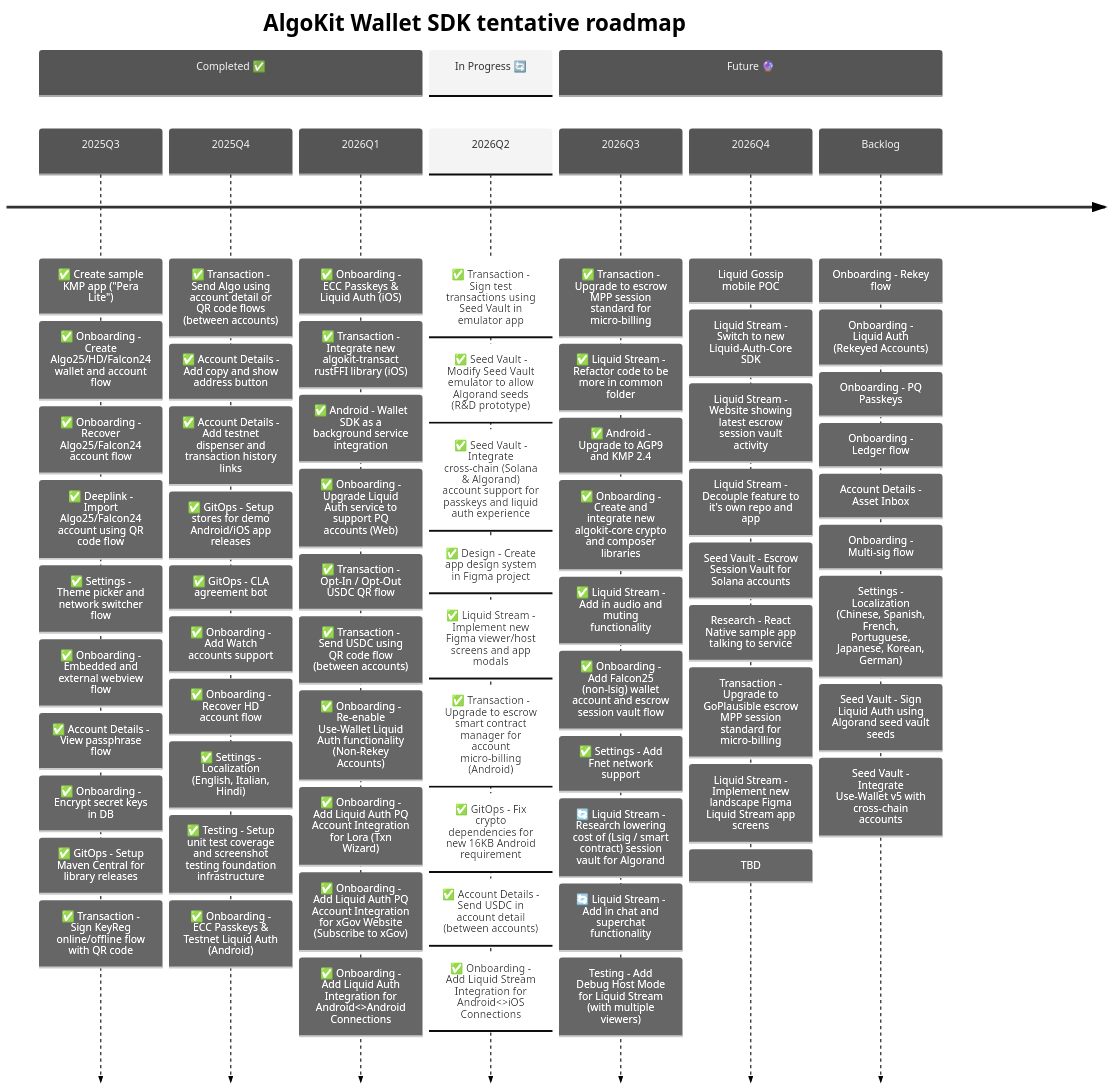
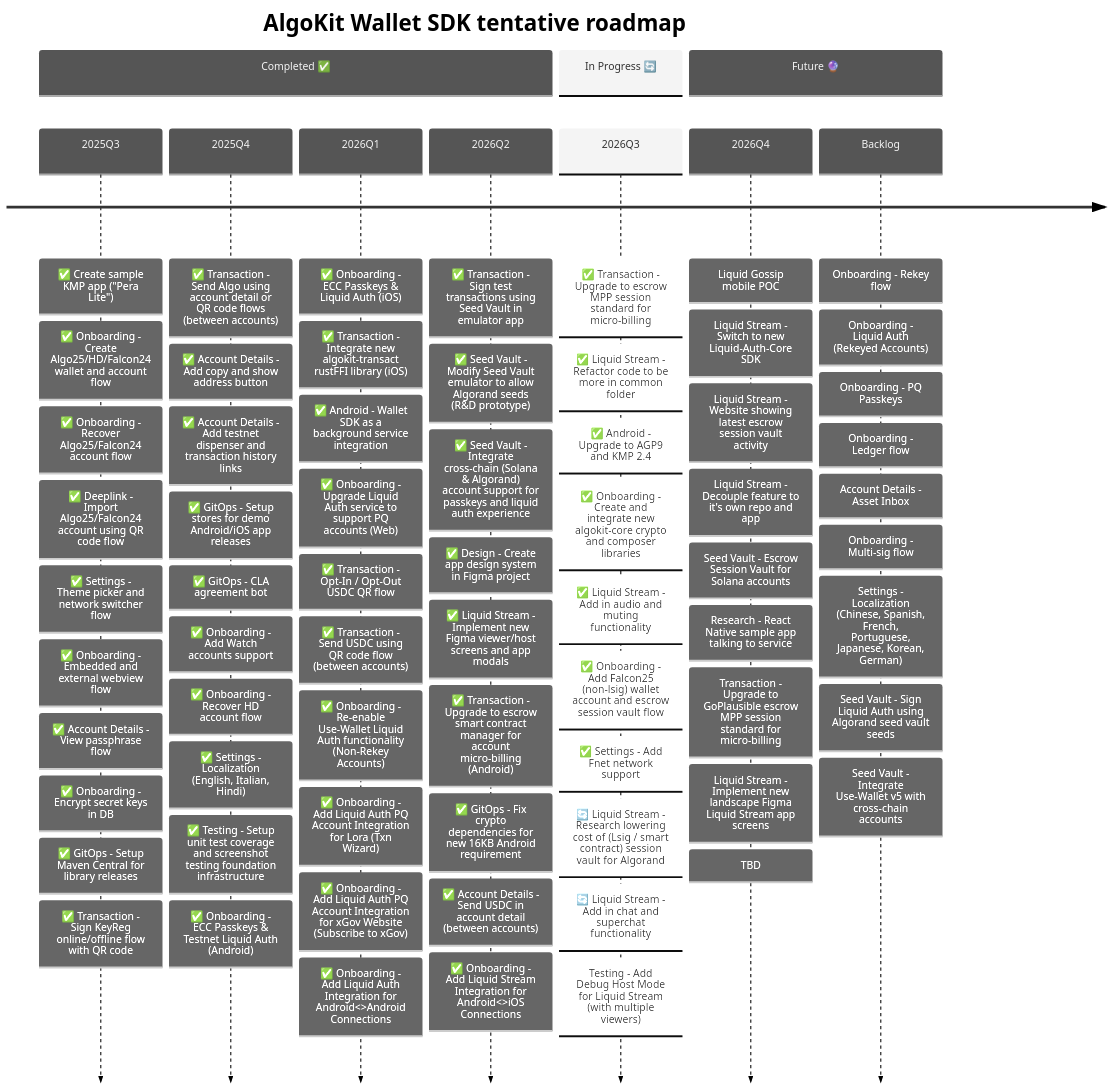
The second of 3 diagrams in README.md (michaeltchuangllc/algokit-walletsdk-kmp), drawn with Mermaid before and after one commit.

Commit message:
docs: update roadmap further

```diff
--- a/README.md
+++ b/README.md
@@ -108,7 +108,6 @@
             : ✅ Onboarding - Add Liquid Auth PQ Account Integration for xGov Website (Subscribe to xGov)
             : ✅ Onboarding - Add Liquid Auth Integration for Android<>Android Connections
 
-    section In Progress 🔄
     2026Q2  : ✅ Transaction - Sign test transactions using Seed Vault in emulator app
             : ✅ Seed Vault - Modify Seed Vault emulator to allow Algorand seeds (R&D prototype)
             : ✅ Seed Vault - Integrate cross-chain (Solana & Algorand) account support for passkeys and liquid auth experience
@@ -119,7 +118,7 @@
             : ✅ Account Details - Send USDC in account detail (between accounts)
             : ✅ Onboarding - Add Liquid Stream Integration for Android<>iOS Connections
             
-    section Future 🔮
+    section In Progress 🔄
     2026Q3   : ✅ Transaction - Upgrade to escrow MPP session standard for micro-billing
              : ✅ Liquid Stream - Refactor code to be more in common folder
              : ✅ Android - Upgrade to AGP9 and KMP 2.4
@@ -130,7 +129,8 @@
              : 🔄 Liquid Stream - Research lowering cost of (Lsig / smart contract) session vault for Algorand
              : 🔄 Liquid Stream - Add in chat and superchat functionality
              : Testing - Add Debug Host Mode for Liquid Stream (with multiple viewers)
-
+             
+    section Future 🔮
     2026Q4   
              : Liquid Gossip mobile POC
              : Liquid Stream - Switch to new Liquid-Auth-Core SDK
```
